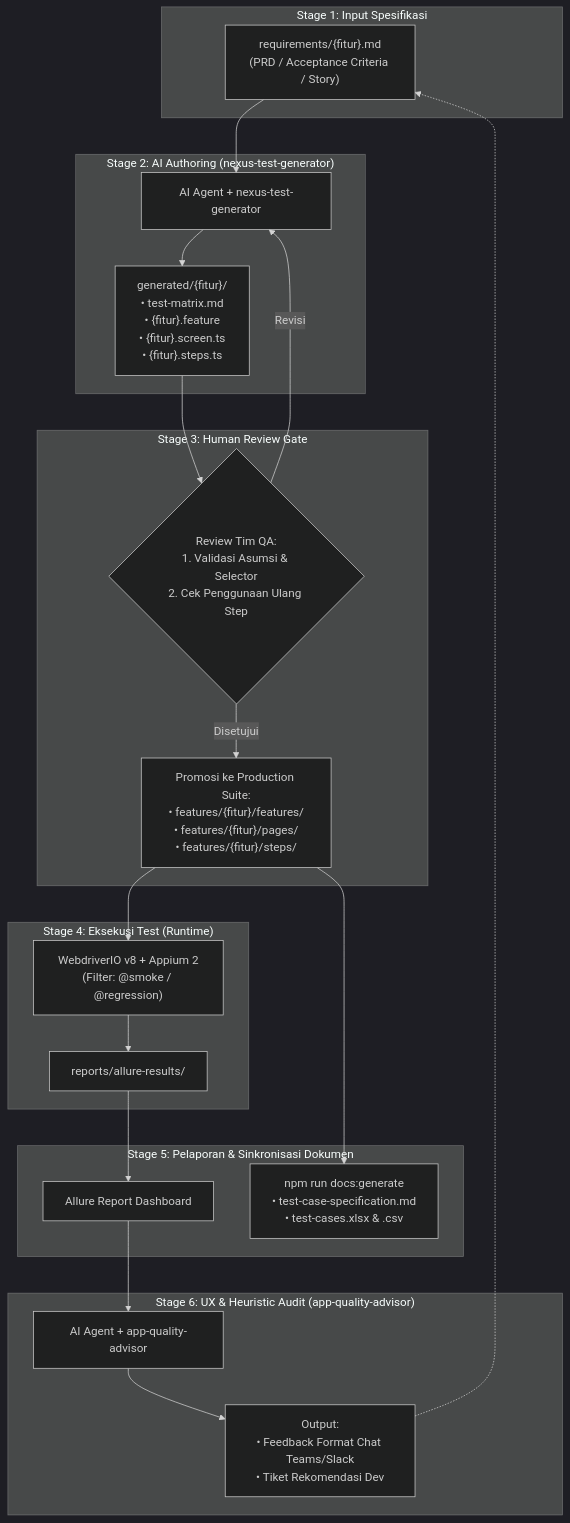
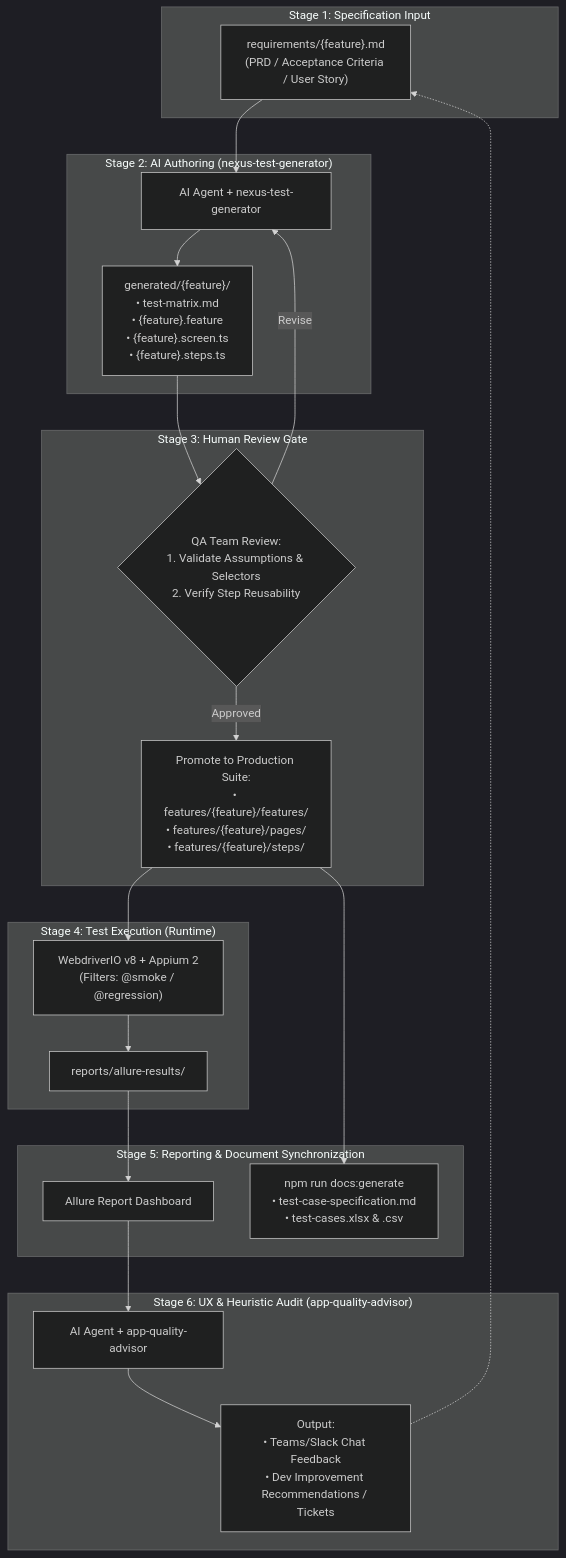
One commit to fraharjo/kotakin-mobile-automation changed the diagram in README.md. Above: the diagram before and after it, drawn with Mermaid (dark theme). The commit also changed other lines of this file and 3 other files, not shown here.

````diff
--- a/README.md
+++ b/README.md
@@ -58,43 +59,43 @@
 ```mermaid
 flowchart TD
-    subgraph STAGE_1 ["Stage 1: Input Spesifikasi"]
-        REQ["requirements/{fitur}.md<br/>(PRD / Acceptance Criteria / Story)"]
+    subgraph STAGE_1 ["Stage 1: Specification Input"]
+        REQ["requirements/{feature}.md<br/>(PRD / Acceptance Criteria / User Story)"]
     end
 
     subgraph STAGE_2 ["Stage 2: AI Authoring (nexus-test-generator)"]
         AGENT_GEN["AI Agent + nexus-test-generator"]
-        DRAFT["generated/{fitur}/<br/>• test-matrix.md<br/>• {fitur}.feature<br/>• {fitur}.screen.ts<br/>• {fitur}.steps.ts"]
+        DRAFT["generated/{feature}/<br/>• test-matrix.md<br/>• {feature}.feature<br/>• {feature}.screen.ts<br/>• {feature}.steps.ts"]
         REQ --> AGENT_GEN
         AGENT_GEN --> DRAFT
     end
 
     subgraph STAGE_3 ["Stage 3: Human Review Gate"]
-        GATE{"Review Tim QA:<br/>1. Validasi Asumsi & Selector<br/>2. Cek Penggunaan Ulang Step"}
+        GATE{"QA Team Review:<br/>1. Validate Assumptions & Selectors<br/>2. Verify Step Reusability"}
         DRAFT --> GATE
-        PROMOTED["Promosi ke Production Suite:<br/>• features/{fitur}/features/<br/>• features/{fitur}/pages/<br/>• features/{fitur}/steps/"]
-        GATE -- "Disetujui" --> PROMOTED
-        GATE -- "Revisi" --> AGENT_GEN
+        PROMOTED["Promote to Production Suite:<br/>• features/{feature}/features/<br/>• features/{feature}/pages/<br/>• features/{feature}/steps/"]
+        GATE -- "Approved" --> PROMOTED
+        GATE -- "Revise" --> AGENT_GEN
     end
 
-    subgraph STAGE_4 ["Stage 4: Eksekusi Test (Runtime)"]
-        RUNNER["WebdriverIO v8 + Appium 2<br/>(Filter: @smoke / @regression)"]
+    subgraph STAGE_4 ["Stage 4: Test Execution (Runtime)"]
+        RUNNER["WebdriverIO v8 + Appium 2<br/>(Filters: @smoke / @regression)"]
         PROMOTED --> RUNNER
         RESULTS["reports/allure-results/"]
         RUNNER --> RESULTS
     end
 
-    subgraph STAGE_5 ["Stage 5: Pelaporan & Sinkronisasi Dokumen"]
+    subgraph STAGE_5 ["Stage 5: Reporting & Document Synchronization"]
         REPORT["Allure Report Dashboard"]
         DOCS["npm run docs:generate<br/>• test-case-specification.md<br/>• test-cases.xlsx & .csv"]
         RESULTS --> REPORT
         PROMOTED --> DOCS
     end
 
     subgraph STAGE_6 ["Stage 6: UX & Heuristic Audit (app-quality-advisor)"]
         ADVISOR["AI Agent + app-quality-advisor"]
-        FEEDBACK["Output:<br/>• Feedback Format Chat Teams/Slack<br/>• Tiket Rekomendasi Dev"]
+        FEEDBACK["Output:<br/>• Teams/Slack Chat Feedback<br/>• Dev Improvement Recommendations / Tickets"]
         REPORT --> ADVISOR
         ADVISOR --> FEEDBACK
         FEEDBACK -.-> REQ
     end
 ```
````
